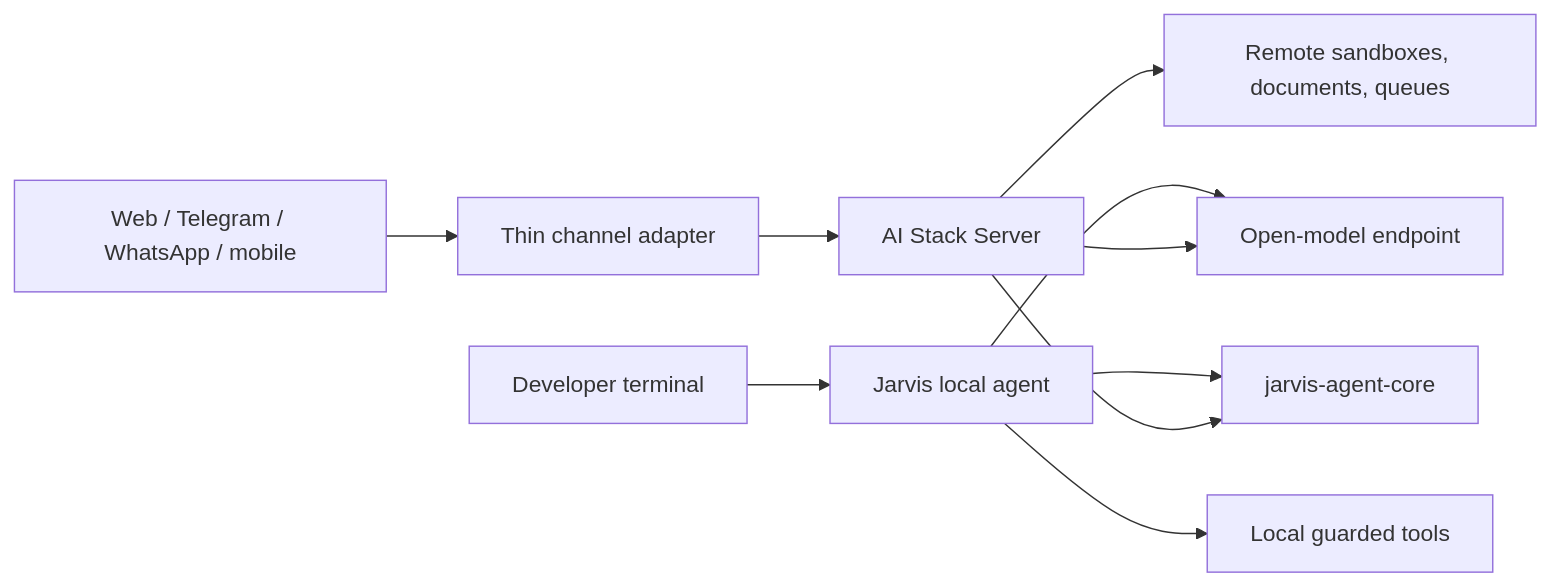
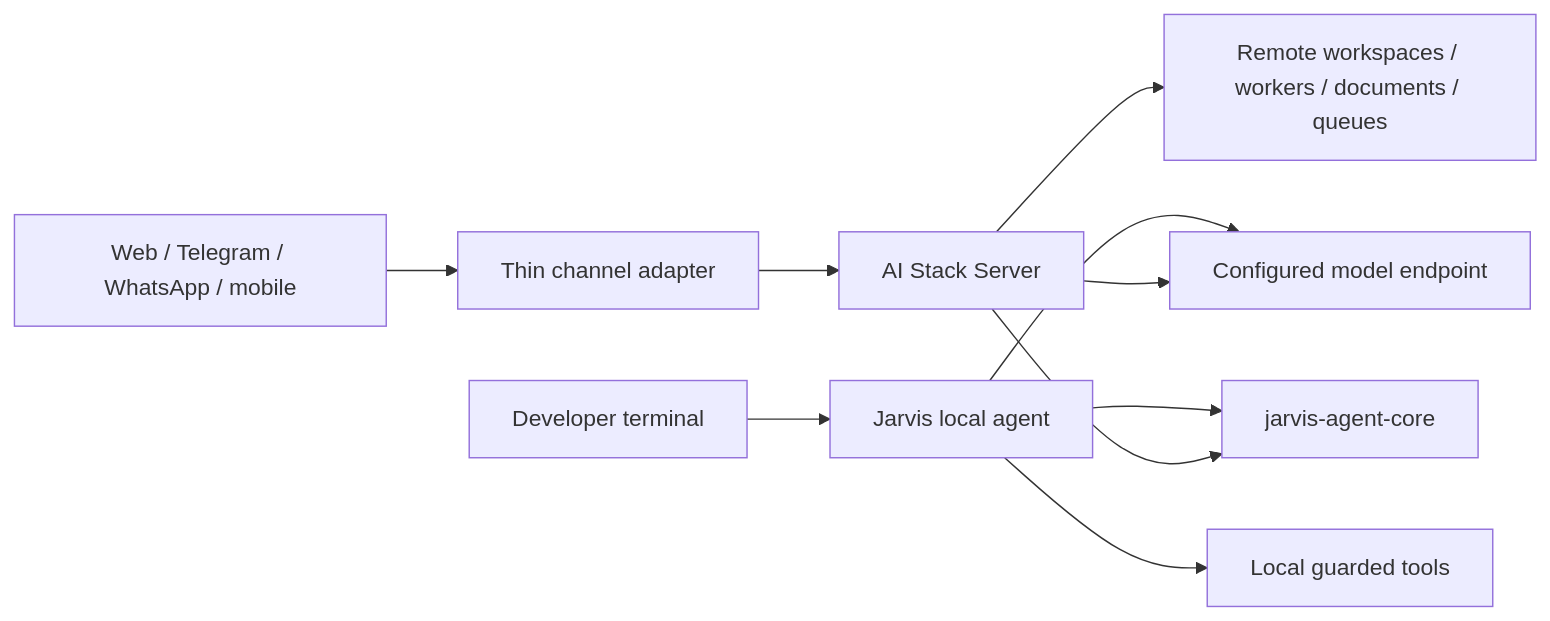
Before and after one commit to abdullahalrifat/ai-stack: the diagram in docs/product-architecture.md, drawn with Mermaid. The commit also changed other lines of this file, not shown here.

Commit message:
Extend product architecture for v0.9 event and budget contracts

````diff
--- a/docs/product-architecture.md
+++ b/docs/product-architecture.md
@@ -5,12 +5,12 @@
 ```mermaid
 flowchart LR
   D[Developer terminal] --> J[Jarvis local agent]
   J --> LT[Local guarded tools]
-  J --> M[Open-model endpoint]
+  J --> M[Configured model endpoint]
   C[Web / Telegram / WhatsApp / mobile] --> A[Thin channel adapter]
   A --> S[AI Stack Server]
-  S --> RT[Remote sandboxes, documents, queues]
+  S --> RT[Remote workspaces / workers / documents / queues]
   S --> M
   J --> K[jarvis-agent-core]
   S --> K
 ```
````
